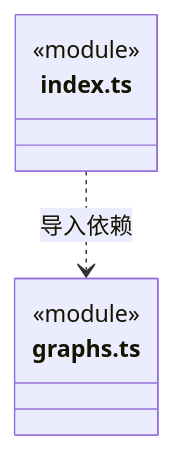
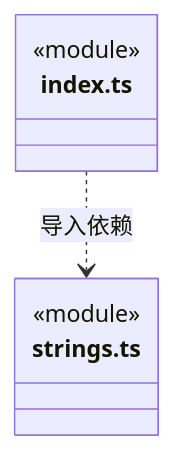
The eighth of 8 diagrams in src/core/utility/ARCHITECTURE.md (nan023062/cbim), drawn with Mermaid before and after one commit. The commit also changed other lines of this file and 112 other files, not shown here.

Commit message:
docs: align source architecture with current declarations and contracts

````diff
--- a/src/core/utility/ARCHITECTURE.md
+++ b/src/core/utility/ARCHITECTURE.md
@@ -359,10 +361,10 @@
 ```mermaid
 classDiagram
 class N_src_core_utility_index_ts["index.ts"] {
   <<module>>
 }
-class N_src_core_utility_graphs_ts["graphs.ts"] {
+class N_src_core_utility_strings_ts["strings.ts"] {
   <<module>>
 }
-N_src_core_utility_index_ts ..> N_src_core_utility_graphs_ts : 导入依赖
+N_src_core_utility_index_ts ..> N_src_core_utility_strings_ts : 导入依赖
 ```
````
